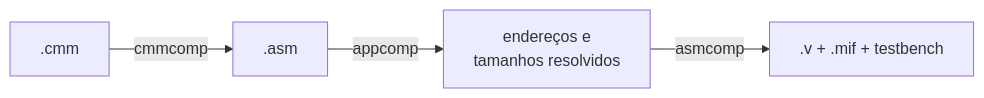
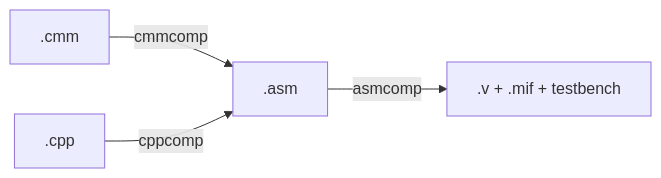
One commit to nipscernlab/docs_aurora changed the diagram in source/sapho/compilacao.md. Above: the diagram before and after it, drawn with Mermaid. The commit also changed other lines of this file and 17 other files, not shown here.

````diff
--- a/source/sapho/compilacao.md
+++ b/source/sapho/compilacao.md
@@ -7,6 +7,6 @@
 ```{mermaid}
 flowchart LR
   CMM[".cmm"] -->|"cmmcomp"| ASM[".asm"]
-  ASM -->|"appcomp"| PRE["endereços e<br>tamanhos resolvidos"]
-  PRE -->|"asmcomp"| OUT[".v  +  .mif  +  testbench"]
+  CPP[".cpp"] -->|"cppcomp"| ASM
+  ASM -->|"asmcomp"| OUT[".v  +  .mif  +  testbench"]
 ```
````
